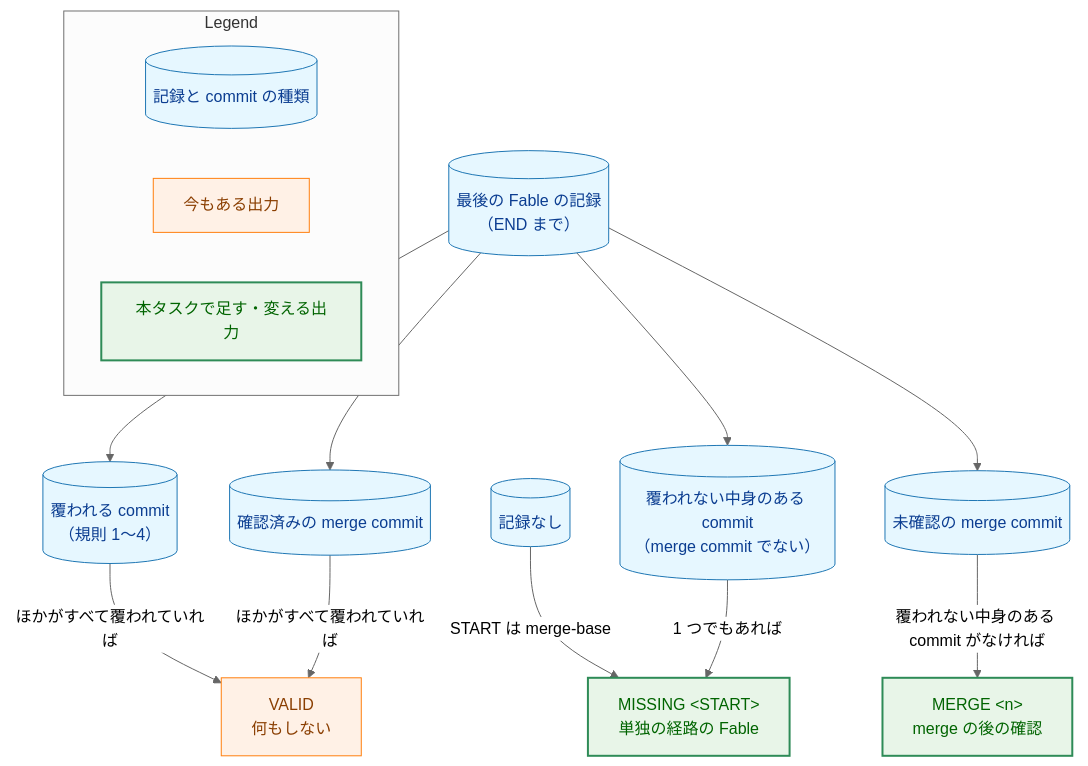
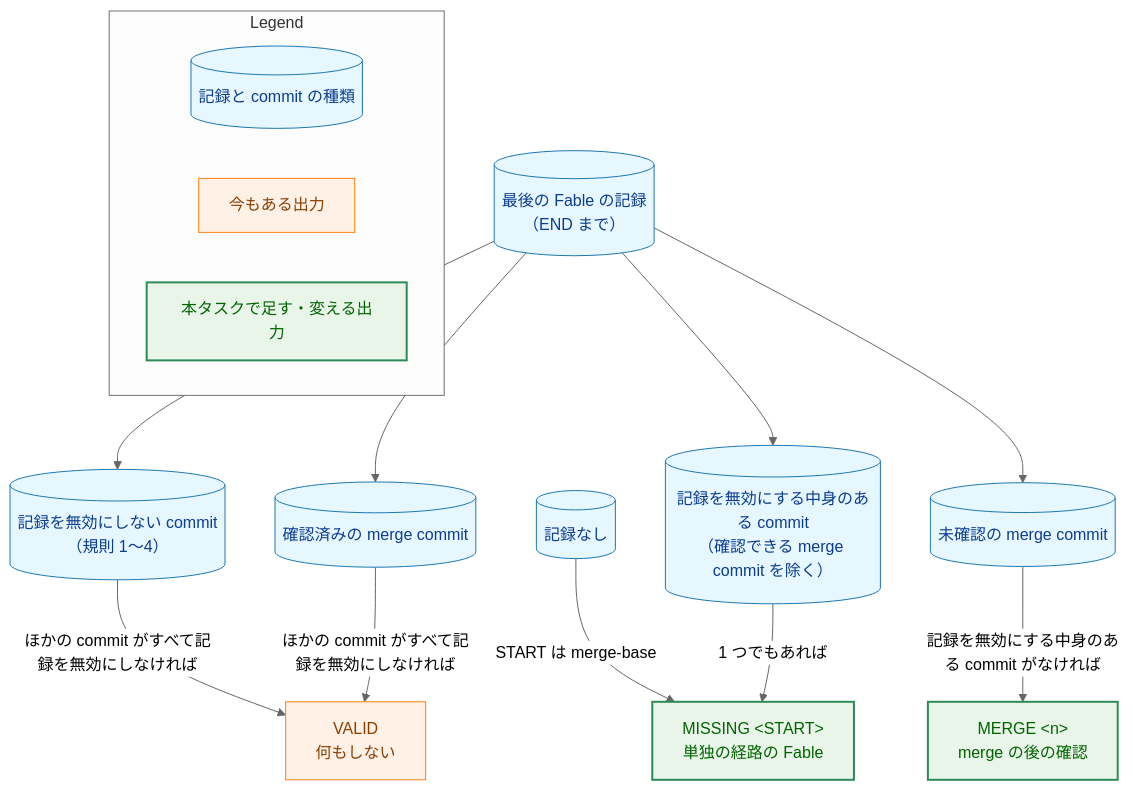
The first of 5 diagrams in docs/tasks/0114_fable_record_after_merge/02_architecture.md (isseis/yt2column), drawn with Mermaid (neutral theme) before and after one commit. The commit also changed other lines of this file and 1 other file, not shown here.

````diff
--- a/docs/tasks/0114_fable_record_after_merge/02_architecture.md
+++ b/docs/tasks/0114_fable_record_after_merge/02_architecture.md
@@ -88,40 +95,40 @@
 ```mermaid
 flowchart TD
     classDef data fill:#e6f7ff,stroke:#1f77b4,stroke-width:1px,color:#0b3d91;
     classDef process fill:#fff1e6,stroke:#ff7f0e,stroke-width:1px,color:#8a3e00;
     classDef enhanced fill:#e8f5e8,stroke:#2e8b57,stroke-width:2px,color:#006400;
 
     REC[("最後の Fable の記録<br>（END まで）")]
     NONE[("記録なし")]
-    COV[("覆われる commit<br>（規則 1〜4）")]
-    UNC[("覆われない中身のある commit<br>（merge commit でない）")]
+    COV[("記録を無効にしない commit<br>（規則 1〜4）")]
+    UNC[("記録を無効にする中身のある commit<br>（確認できる merge commit を除く）")]
     CHK[("確認済みの merge commit")]
     UMC[("未確認の merge commit")]
 
     MISS["MISSING &lt;START&gt;<br>単独の経路の Fable"]
     MERGE["MERGE &lt;n&gt;<br>merge の後の確認"]
     VALID["VALID<br>何もしない"]
 
     NONE -->|"START は merge-base"| MISS
     REC --> COV
     REC --> UNC
     REC --> CHK
     REC --> UMC
     UNC -->|"1 つでもあれば"| MISS
-    UMC -->|"覆われない中身のある commit がなければ"| MERGE
-    COV -->|"ほかがすべて覆われていれば"| VALID
-    CHK -->|"ほかがすべて覆われていれば"| VALID
+    UMC -->|"記録を無効にする中身のある commit がなければ"| MERGE
+    COV -->|"ほかの commit がすべて記録を無効にしなければ"| VALID
+    CHK -->|"ほかの commit がすべて記録を無効にしなければ"| VALID
 
     class REC,NONE,COV,UNC,CHK,UMC data
     class VALID process
     class MISS,MERGE enhanced
 
     subgraph Legend["Legend"]
         L1[("記録と commit の種類")]
         L2["今もある出力"]
         L3["本タスクで足す・変える出力"]
     end
     class L1 data
     class L2 process
     class L3 enhanced
 ```
````
